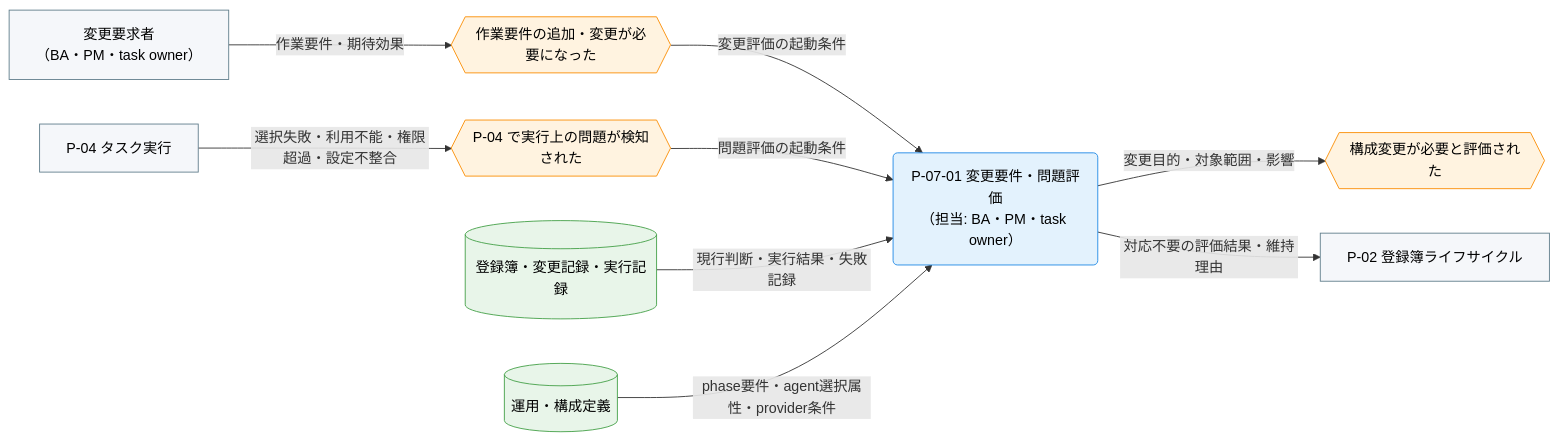
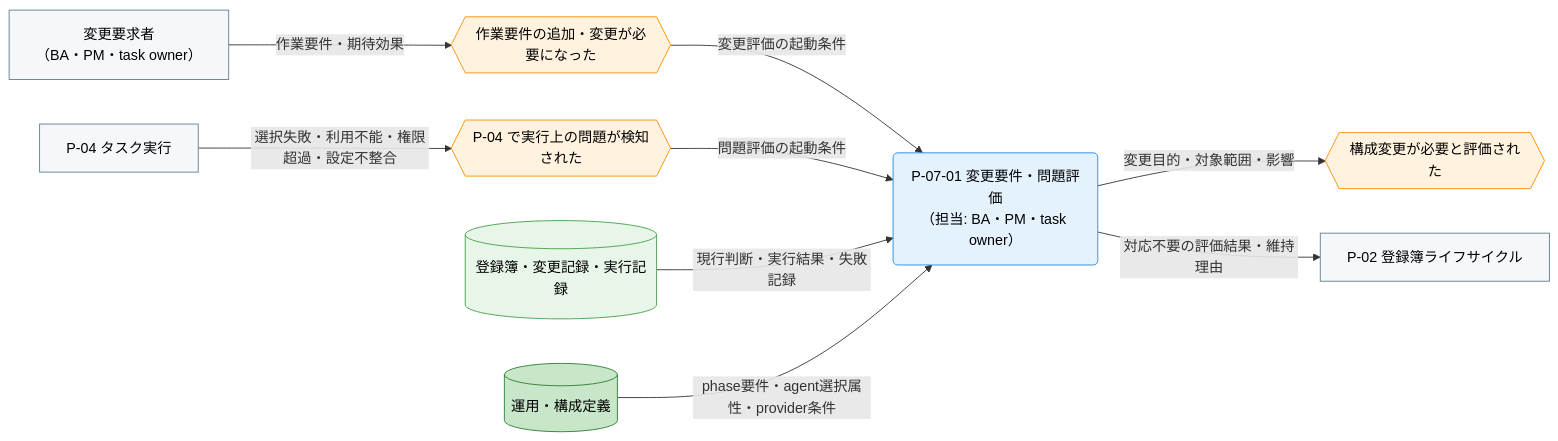
Before and after one commit to specdojo/specdojo: the first of 3 diagrams in docs/ja/product/010-business-specs/010-data-flow/cdfd-agent-config-operation.md, drawn with Mermaid. The commit also changed other lines of this file and 6 other files, not shown here.

````diff
--- a/docs/ja/product/010-business-specs/010-data-flow/cdfd-agent-config-operation.md
+++ b/docs/ja/product/010-business-specs/010-data-flow/cdfd-agent-config-operation.md
@@ -49,34 +49,36 @@
 ```mermaid
 flowchart LR
   classDef process fill:#e3f2fd,stroke:#1e88e5,color:#000
   classDef event fill:#fff3e0,stroke:#fb8c00,color:#000
-  classDef store fill:#e8f5e9,stroke:#43a047,color:#000
+  classDef storeMaster fill:#c8e6c9,stroke:#2e7d32,color:#000
+  classDef storeTransaction fill:#e8f5e9,stroke:#43a047,color:#000
   classDef actor fill:#f5f7fa,stroke:#607d8b,color:#000
 
   変更要求者["変更要求者<br>（BA・PM・task owner）"]
   タスク実行["P-04 タスク実行"]
   登録簿ライフサイクル["P-02 登録簿ライフサイクル"]
 
   作業要件変更{{"作業要件の追加・変更が必要になった"}}
   実行問題検知{{"P-04 で実行上の問題が検知された"}}
   構成変更必要{{"構成変更が必要と評価された"}}
 
   変更要件問題評価("P-07-01 変更要件・問題評価<br>（担当: BA・PM・task owner）")
 
   変更実行記録[("登録簿・変更記録・実行記録")]
   運用構成定義[("運用・構成定義")]
 
   変更要求者 -->|"作業要件・期待効果"| 作業要件変更
   作業要件変更 -->|"変更評価の起動条件"| 変更要件問題評価
   タスク実行 -->|"選択失敗・利用不能・権限超過・設定不整合"| 実行問題検知
   実行問題検知 -->|"問題評価の起動条件"| 変更要件問題評価
   変更実行記録 -->|"現行判断・実行結果・失敗記録"| 変更要件問題評価
   運用構成定義 -->|"phase要件・agent選択属性・provider条件"| 変更要件問題評価
   変更要件問題評価 -->|"変更目的・対象範囲・影響"| 構成変更必要
   変更要件問題評価 -->|"対応不要の評価結果・維持理由"| 登録簿ライフサイクル
 
   class 変更要件問題評価 process
   class 作業要件変更,実行問題検知,構成変更必要 event
-  class 変更実行記録,運用構成定義 store
+  class 運用構成定義 storeMaster
+  class 変更実行記録 storeTransaction
   class 変更要求者,タスク実行,登録簿ライフサイクル actor
 ```
````
